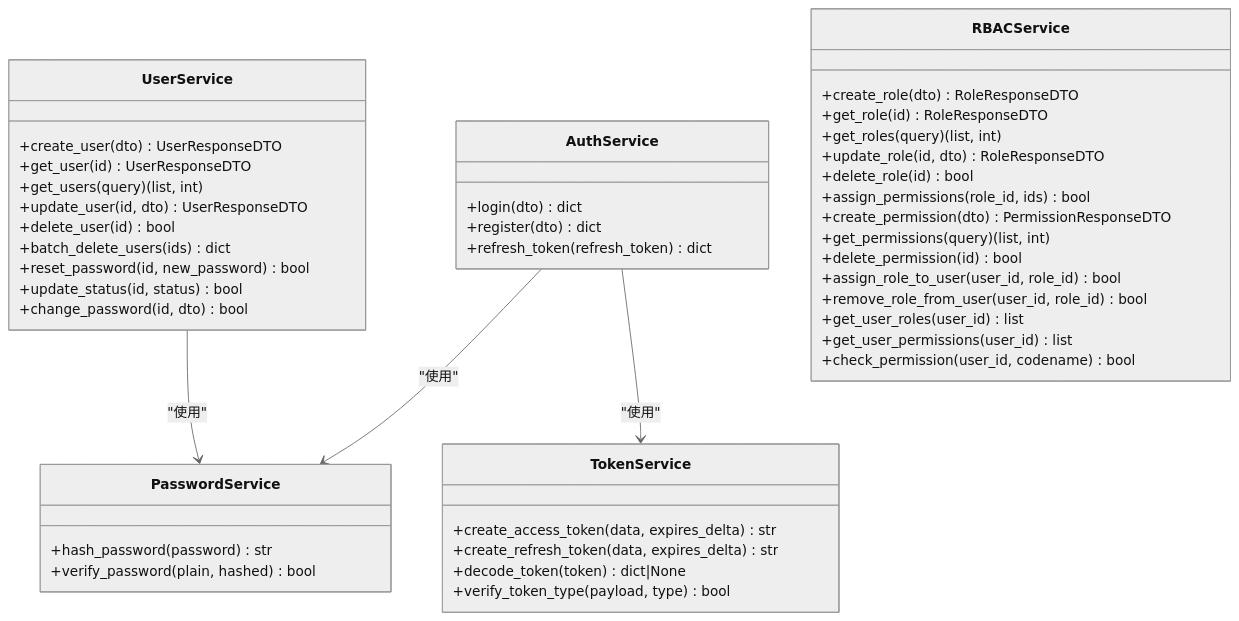
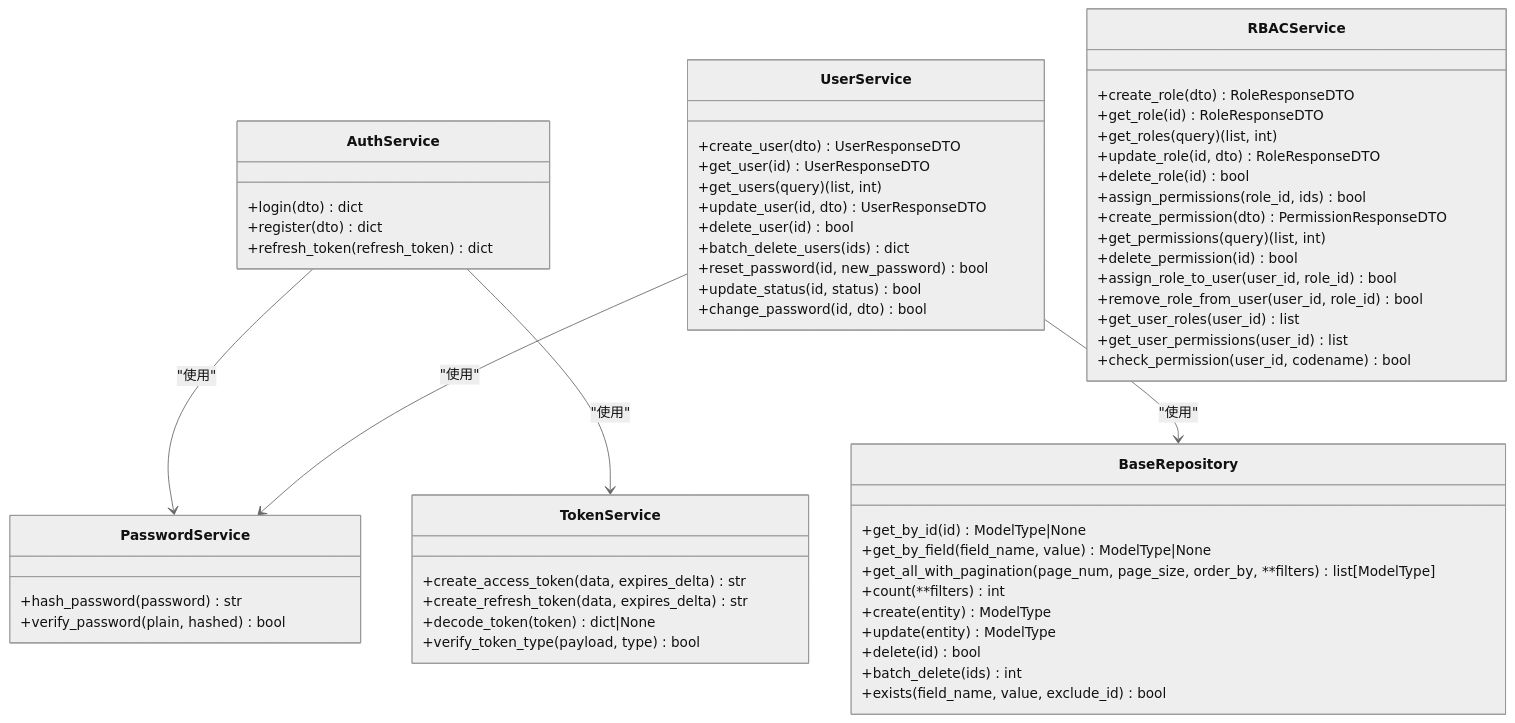
One commit to taoweidong/Hello-FastApi changed the fourth of 8 diagrams in .qoder/repowiki/zh/content/项目概述/架构设计/DDD 领域驱动设计.md. Above: the diagram before and after it, drawn with Mermaid (neutral theme). The commit also changed other lines of this file and 11 other files, not shown here.

````diff
--- a/.qoder/repowiki/zh/content/项目概述/架构设计/DDD 领域驱动设计.md
+++ b/.qoder/repowiki/zh/content/项目概述/架构设计/DDD 领域驱动设计.md
@@ -193,48 +230,60 @@
 ```mermaid
 classDiagram
 class AuthService {
 +login(dto) dict
 +register(dto) dict
 +refresh_token(refresh_token) dict
 }
 class UserService {
 +create_user(dto) UserResponseDTO
 +get_user(id) UserResponseDTO
 +get_users(query) (list, int)
 +update_user(id, dto) UserResponseDTO
 +delete_user(id) bool
 +batch_delete_users(ids) dict
 +reset_password(id, new_password) bool
 +update_status(id, status) bool
 +change_password(id, dto) bool
 }
 class RBACService {
 +create_role(dto) RoleResponseDTO
 +get_role(id) RoleResponseDTO
 +get_roles(query) (list, int)
 +update_role(id, dto) RoleResponseDTO
 +delete_role(id) bool
 +assign_permissions(role_id, ids) bool
 +create_permission(dto) PermissionResponseDTO
 +get_permissions(query) (list, int)
 +delete_permission(id) bool
 +assign_role_to_user(user_id, role_id) bool
 +remove_role_from_user(user_id, role_id) bool
 +get_user_roles(user_id) list
 +get_user_permissions(user_id) list
 +check_permission(user_id, codename) bool
 }
 class PasswordService {
 +hash_password(password) str
 +verify_password(plain, hashed) bool
 }
 class TokenService {
 +create_access_token(data, expires_delta) str
 +create_refresh_token(data, expires_delta) str
 +decode_token(token) dict|None
 +verify_token_type(payload, type) bool
 }
+class BaseRepository {
++get_by_id(id) ModelType|None
++get_by_field(field_name, value) ModelType|None
++get_all_with_pagination(page_num, page_size, order_by, **filters) list[ModelType]
++count(**filters) int
++create(entity) ModelType
++update(entity) ModelType
++delete(id) bool
++batch_delete(ids) int
++exists(field_name, value, exclude_id) bool
+}
 AuthService --> PasswordService : "使用"
 AuthService --> TokenService : "使用"
 UserService --> PasswordService : "使用"
+UserService --> BaseRepository : "使用"
 ```
````
